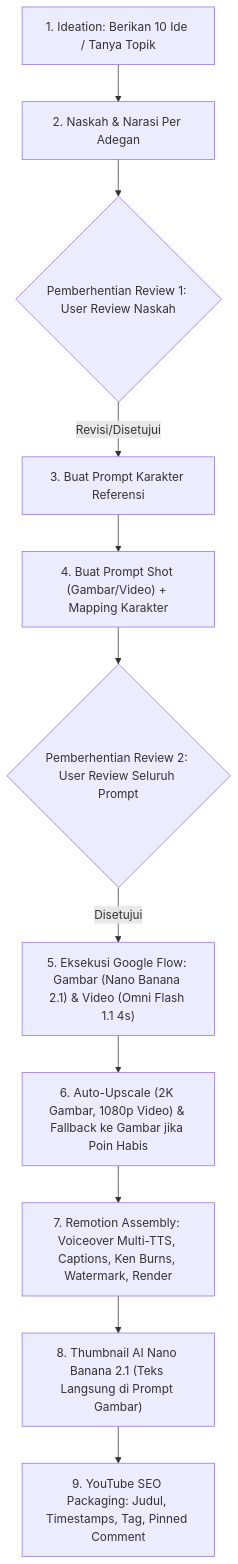
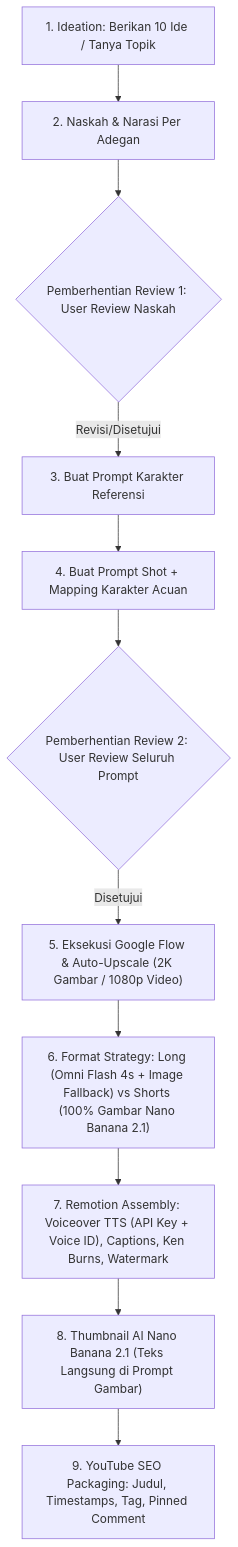
Before and after one commit to irsadfzn6/MoneyPrinterMax: the diagram in docs/WORKFLOW_GUIDE.md, drawn with Mermaid. The commit also changed other lines of this file and 7 other files, not shown here.

Commit message:
fix(tts, shorts): require API key & voice ID for TTS, update /makevideoshorts to use 100% Nano Banana 2.1 images every 2-3s

````diff
--- a/docs/WORKFLOW_GUIDE.md
+++ b/docs/WORKFLOW_GUIDE.md
@@ -9,13 +9,13 @@
 ```mermaid
 flowchart TD
     A["1. Ideation: Berikan 10 Ide / Tanya Topik"] --> B["2. Naskah & Narasi Per Adegan"]
     B --> C{Pemberhentian Review 1: User Review Naskah}
     C -->|Revisi/Disetujui| D["3. Buat Prompt Karakter Referensi"]
-    D --> E["4. Buat Prompt Shot (Gambar/Video) + Mapping Karakter"]
+    D --> E["4. Buat Prompt Shot + Mapping Karakter Acuan"]
     E --> F{Pemberhentian Review 2: User Review Seluruh Prompt}
-    F -->|Disetujui| G["5. Eksekusi Google Flow: Gambar (Nano Banana 2.1) & Video (Omni Flash 1.1 4s)"]
-    G --> H["6. Auto-Upscale (2K Gambar, 1080p Video) & Fallback ke Gambar jika Poin Habis"]
-    H --> I["7. Remotion Assembly: Voiceover Multi-TTS, Captions, Ken Burns, Watermark, Render"]
+    F -->|Disetujui| G["5. Eksekusi Google Flow & Auto-Upscale (2K Gambar / 1080p Video)"]
+    G --> H["6. Format Strategy: Long (Omni Flash 4s + Image Fallback) vs Shorts (100% Gambar Nano Banana 2.1)"]
+    H --> I["7. Remotion Assembly: Voiceover TTS (API Key + Voice ID), Captions, Ken Burns, Watermark"]
     I --> J["8. Thumbnail AI Nano Banana 2.1 (Teks Langsung di Prompt Gambar)"]
     J --> K["9. YouTube SEO Packaging: Judul, Timestamps, Tag, Pinned Comment"]
 ```
````
